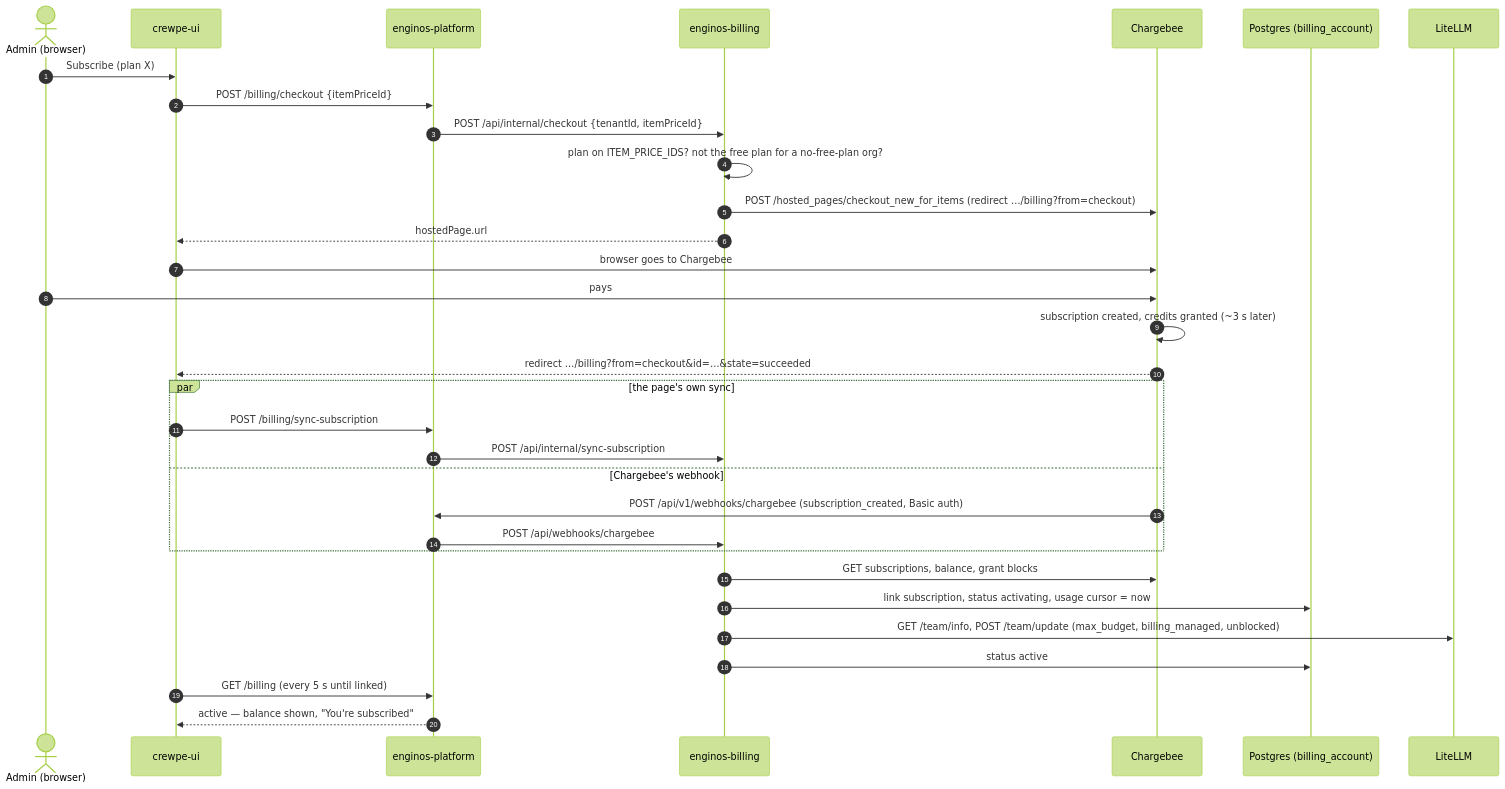
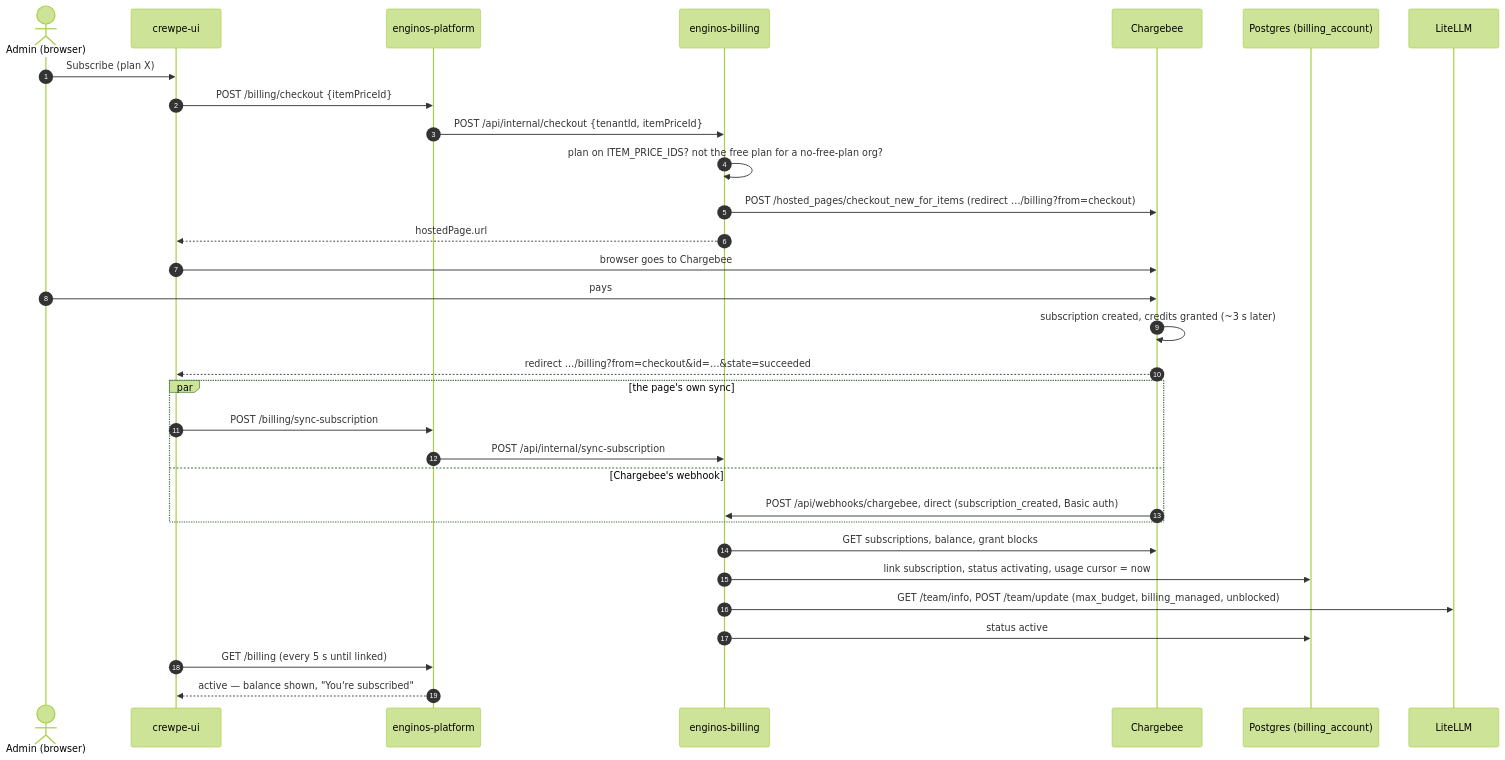
One commit to EnWithAI/enginos-billing changed the diagram in docs/SUBSCRIPTION-FLOW.md. Above: the diagram before and after it, drawn with Mermaid (forest theme). The commit also changed other lines of this file and 50 other files, not shown here.

````diff
--- a/docs/SUBSCRIPTION-FLOW.md
+++ b/docs/SUBSCRIPTION-FLOW.md
@@ -70,37 +74,36 @@
 ```mermaid
 sequenceDiagram
     autonumber
     actor A as Admin (browser)
     participant UI as crewpe-ui
     participant P as enginos-platform
     participant B as enginos-billing
     participant CB as Chargebee
     participant PG as Postgres (billing_account)
     participant L as LiteLLM
 
     A->>UI: Subscribe (plan X)
     UI->>P: POST /billing/checkout {itemPriceId}
     P->>B: POST /api/internal/checkout {tenantId, itemPriceId}
     B->>B: plan on ITEM_PRICE_IDS? not the free plan for a no-free-plan org?
     B->>CB: POST /hosted_pages/checkout_new_for_items (redirect …/billing?from=checkout)
     B-->>UI: hostedPage.url
     UI->>CB: browser goes to Chargebee
     A->>CB: pays
     CB->>CB: subscription created, credits granted (~3 s later)
     CB-->>UI: redirect …/billing?from=checkout&id=…&state=succeeded
 
     par the page's own sync
         UI->>P: POST /billing/sync-subscription
         P->>B: POST /api/internal/sync-subscription
     and Chargebee's webhook
-        CB->>P: POST /api/v1/webhooks/chargebee (subscription_created, Basic auth)
-        P->>B: POST /api/webhooks/chargebee
+        CB->>B: POST /api/webhooks/chargebee, direct (subscription_created, Basic auth)
     end
 
     B->>CB: GET subscriptions, balance, grant blocks
     B->>PG: link subscription, status activating, usage cursor = now
     B->>L: GET /team/info, POST /team/update (max_budget, billing_managed, unblocked)
     B->>PG: status active
     UI->>P: GET /billing (every 5 s until linked)
     P-->>UI: active — balance shown, "You're subscribed"
 ```
````
